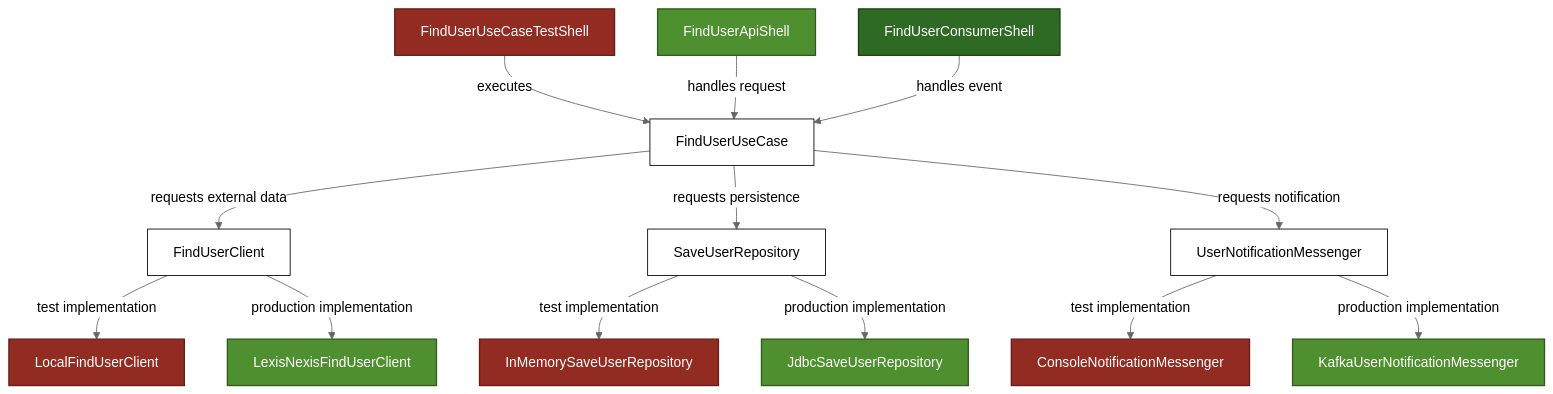
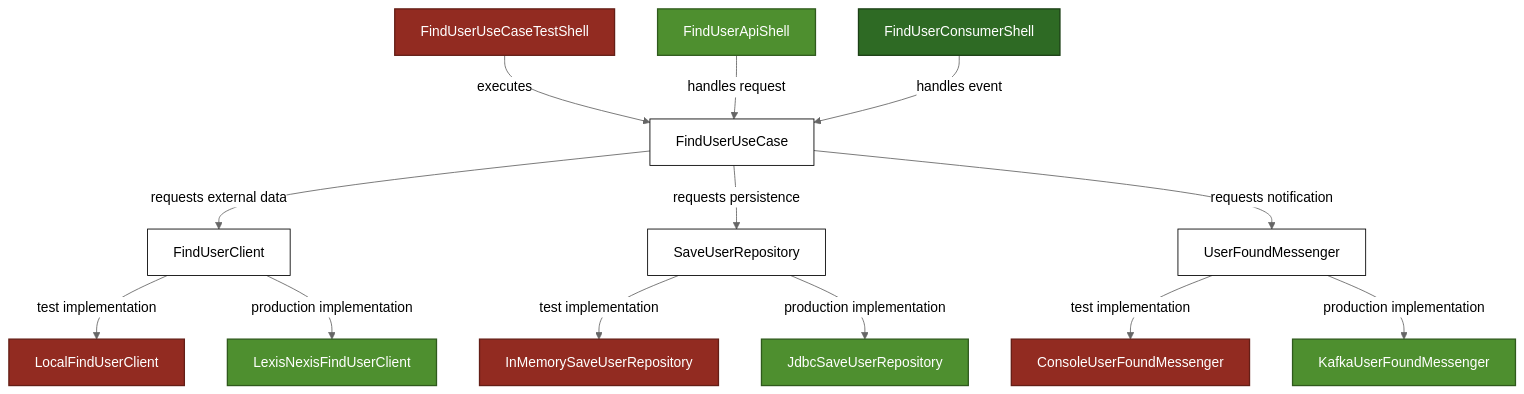
One commit to hermi-projects/hermi changed the diagram in README.md. Above: the diagram before and after it, drawn with Mermaid (neutral theme). The commit also changed other lines of this file and 2 other files, not shown here.

Commit message:
refactor: rename UserNotificationMessenger to UserFoundMessenger across code and documentation

````diff
--- a/README.md
+++ b/README.md
@@ -559,40 +559,40 @@
 ```mermaid
 graph TD
     %% Test Shell
     A[FindUserUseCaseTestShell] -->|executes| U[FindUserUseCase]
 
     %% API Shell
     B[FindUserApiShell] -->|handles request| U
 
     %% Consumer Shell
     C[FindUserConsumerShell] -->|handles event| U
 
     %% Use Case -> Contracts
     U -->|requests external data| D[FindUserClient]
     U -->|requests persistence| E[SaveUserRepository]
-    U -->|requests notification| F[UserNotificationMessenger]
+    U -->|requests notification| F[UserFoundMessenger]
 
     %% Test Implementations
     D -->|test implementation| G[LocalFindUserClient]
     E -->|test implementation| H[InMemorySaveUserRepository]
-    F -->|test implementation| I[ConsoleNotificationMessenger]
+    F -->|test implementation| I[ConsoleUserFoundMessenger]
 
     %% Production Implementations
     D -->|production implementation| J[LexisNexisFindUserClient]
     E -->|production implementation| K[JdbcSaveUserRepository]
-    F -->|production implementation| L[KafkaUserNotificationMessenger]
+    F -->|production implementation| L[KafkaUserFoundMessenger]
 
     %% Darker backgrounds + stronger contrast
     classDef test fill:#922B21,color:#FFFFFF,stroke:#641E16,stroke-width:1.5px
     classDef api fill:#4E8F2F,color:#FFFFFF,stroke:#2F5A1C,stroke-width:1.5px
     classDef consumer fill:#2E6A24,color:#FFFFFF,stroke:#1B3F15,stroke-width:1.5px
 
     %% Core stays clean
     classDef core fill:#FFFFFF,color:#000000,stroke:#000000,stroke-width:1px
 
     %% Assign classes
     class A,G,H,I test
     class B,J,K,L api
     class C consumer
     class U,D,E,F core
 ```
````
